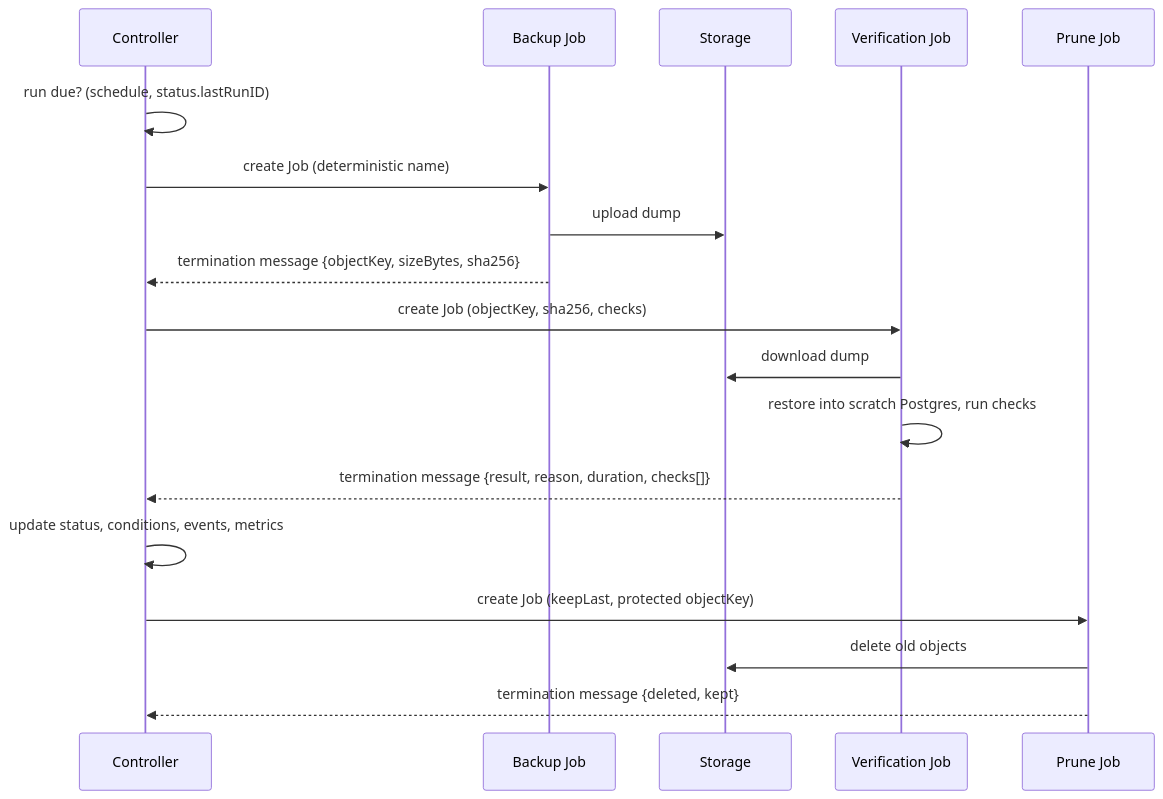
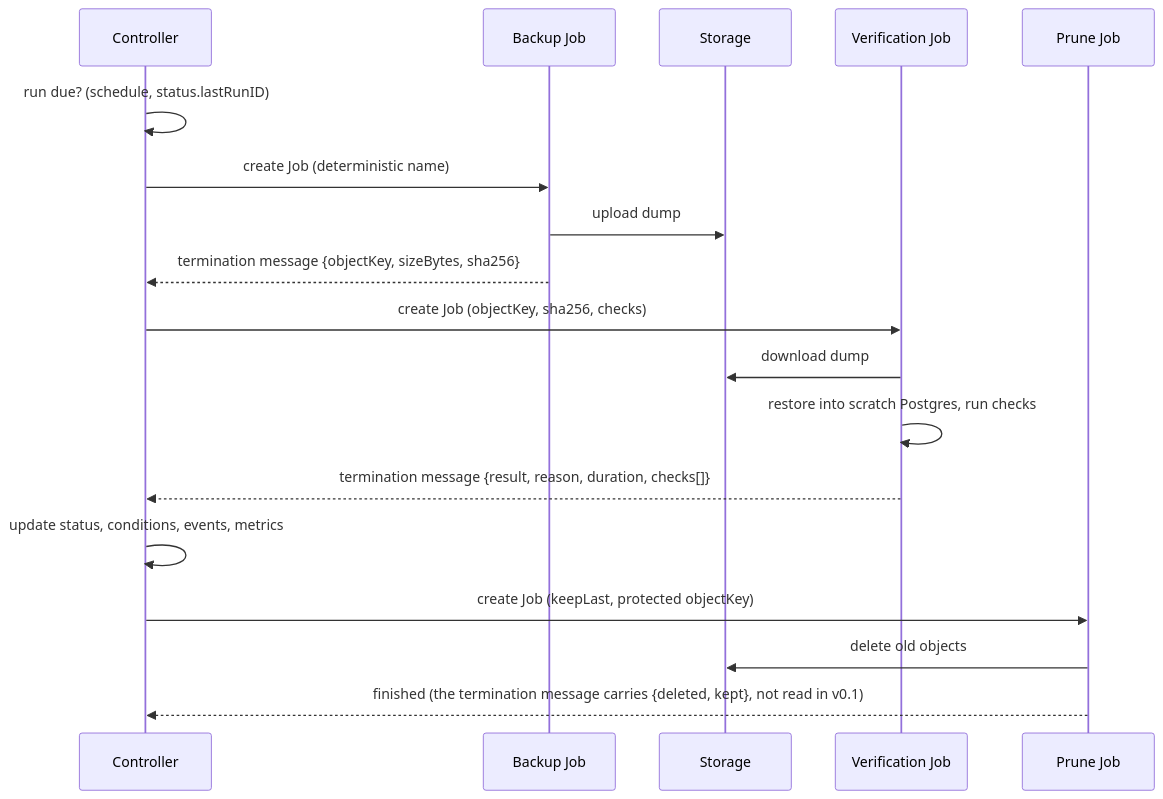
The second of 3 diagrams in docs/ARCHITECTURE.md (souvik-biswas-dev/backupvouch), drawn with Mermaid before and after one commit. The commit also changed other lines of this file and 16 other files, not shown here.

````diff
--- a/docs/ARCHITECTURE.md
+++ b/docs/ARCHITECTURE.md
@@ -37,20 +37,20 @@
 ```mermaid
 sequenceDiagram
   participant C as Controller
   participant B as Backup Job
   participant S as Storage
   participant V as Verification Job
   participant P as Prune Job
   C->>C: run due? (schedule, status.lastRunID)
   C->>B: create Job (deterministic name)
   B->>S: upload dump
   B-->>C: termination message {objectKey, sizeBytes, sha256}
   C->>V: create Job (objectKey, sha256, checks)
   V->>S: download dump
   V->>V: restore into scratch Postgres, run checks
   V-->>C: termination message {result, reason, duration, checks[]}
   C->>C: update status, conditions, events, metrics
   C->>P: create Job (keepLast, protected objectKey)
   P->>S: delete old objects
-  P-->>C: termination message {deleted, kept}
+  P-->>C: finished (the termination message carries {deleted, kept}, not read in v0.1)
 ```
````
